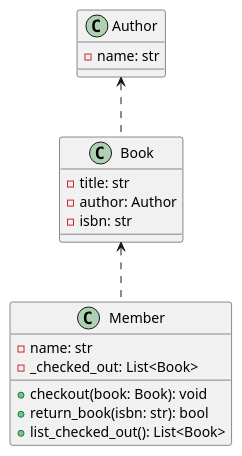
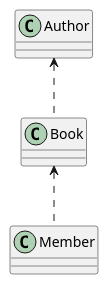
The diagram in oop-foundations-student/uml/library.puml (lavendermistyco/oop-foundations-python), drawn with PlantUML before and after one commit. The commit also changed 6 other files, not shown here.

```diff
--- a/oop-foundations-student/uml/library.puml
+++ b/oop-foundations-student/uml/library.puml
@@ -1,22 +1,16 @@
 @startuml
 class Author {
-  - name: str
+  
 }
 
 class Book {
-  - title: str
-  - author: Author
-  - isbn: str
+
 }
 
 class Member {
-  - name: str
-  - _checked_out: List<Book>
-  + checkout(book: Book): void
-  + return_book(isbn: str): bool
-  + list_checked_out(): List<Book>
+ 
 }
 
 Author <.. Book
 Book  <.. Member
 @enduml
```
